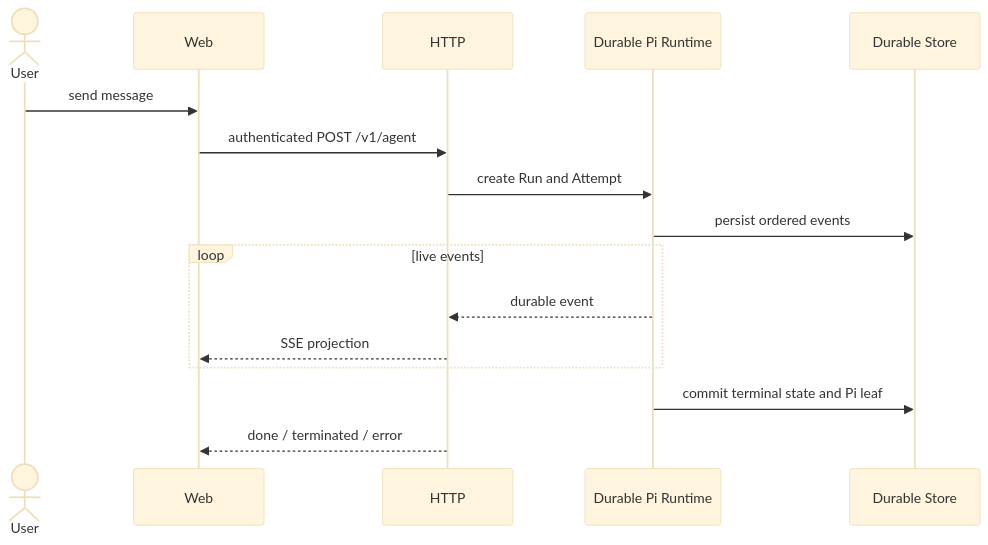
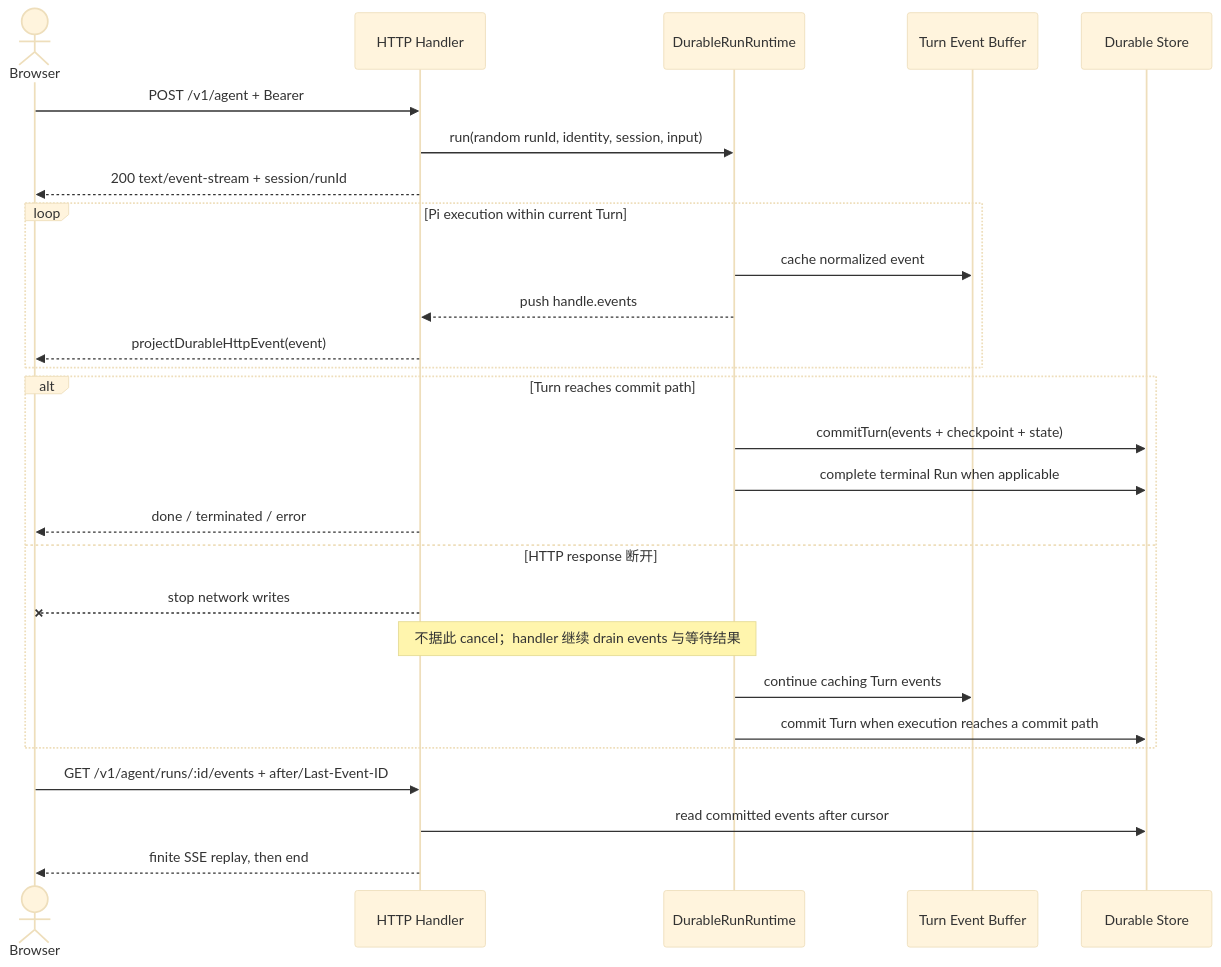
One commit to Wpxknight/agentdemo changed the first of 2 diagrams in docs/design/09-api-and-web.md. Above: the diagram before and after it, drawn with Mermaid (base theme). The commit also changed other lines of this file and 30 other files, not shown here.

````diff
--- a/docs/design/09-api-and-web.md
+++ b/docs/design/09-api-and-web.md
@@ -38,19 +50,30 @@
 ```mermaid
 sequenceDiagram
-  actor U as User
-  participant W as Web
-  participant H as HTTP
-  participant R as Durable Pi Runtime
-  participant D as Durable Store
+  actor U as Browser
+  participant H as HTTP Handler
+  participant R as DurableRunRuntime
+  participant B as Turn Event Buffer
+  participant S as Durable Store
 
-  U->>W: send message
-  W->>H: authenticated POST /v1/agent
-  H->>R: create Run and Attempt
-  R->>D: persist ordered events
-  loop live events
-    R-->>H: durable event
-    H-->>W: SSE projection
+  U->>H: POST /v1/agent + Bearer
+  H->>R: run(random runId, identity, session, input)
+  H-->>U: 200 text/event-stream + session/runId
+  loop Pi execution within current Turn
+    R->>B: cache normalized event
+    R-->>H: push handle.events
+    H-->>U: projectDurableHttpEvent(event)
   end
-  R->>D: commit terminal state and Pi leaf
-  H-->>W: done / terminated / error
+  alt Turn reaches commit path
+    R->>S: commitTurn(events + checkpoint + state)
+    R->>S: complete terminal Run when applicable
+    H-->>U: done / terminated / error
+  else HTTP response 断开
+    H--xU: stop network writes
+    Note over H,R: 不据此 cancel；handler 继续 drain events 与等待结果
+    R->>B: continue caching Turn events
+    R->>S: commit Turn when execution reaches a commit path
+  end
+  U->>H: GET /v1/agent/runs/:id/events + after/Last-Event-ID
+  H->>S: read committed events after cursor
+  H-->>U: finite SSE replay, then end
 ```
````
